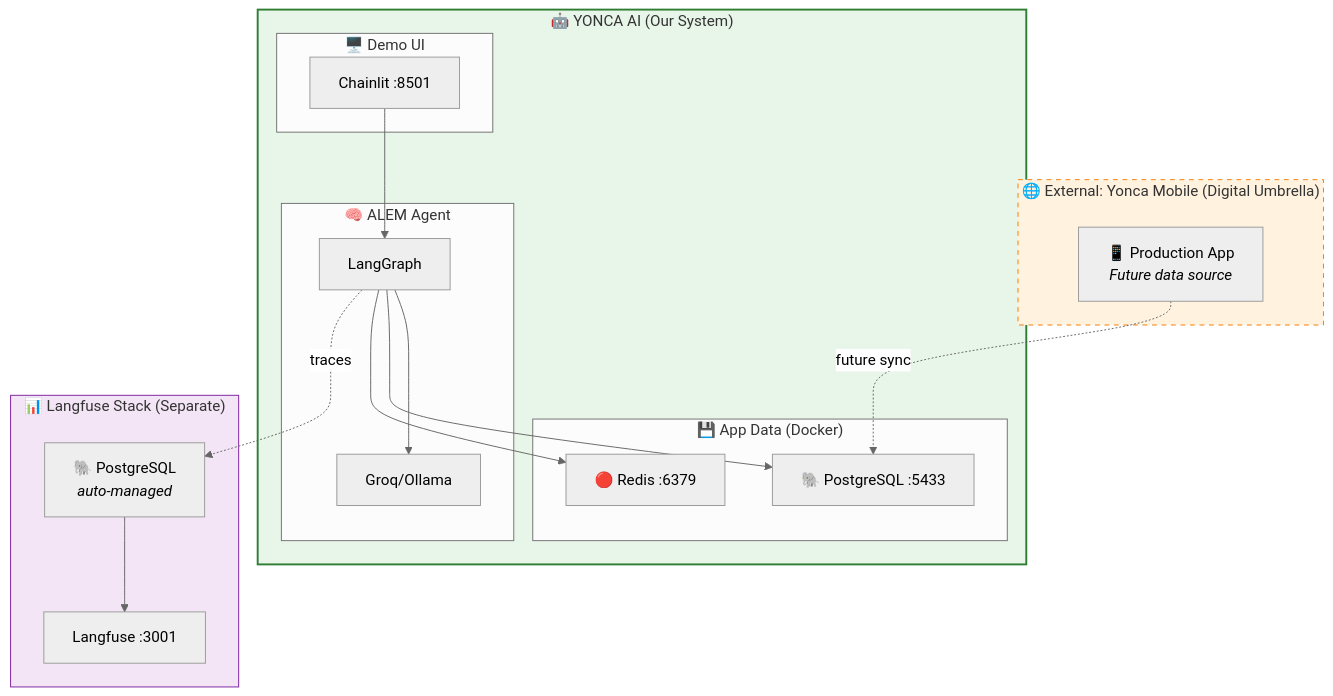
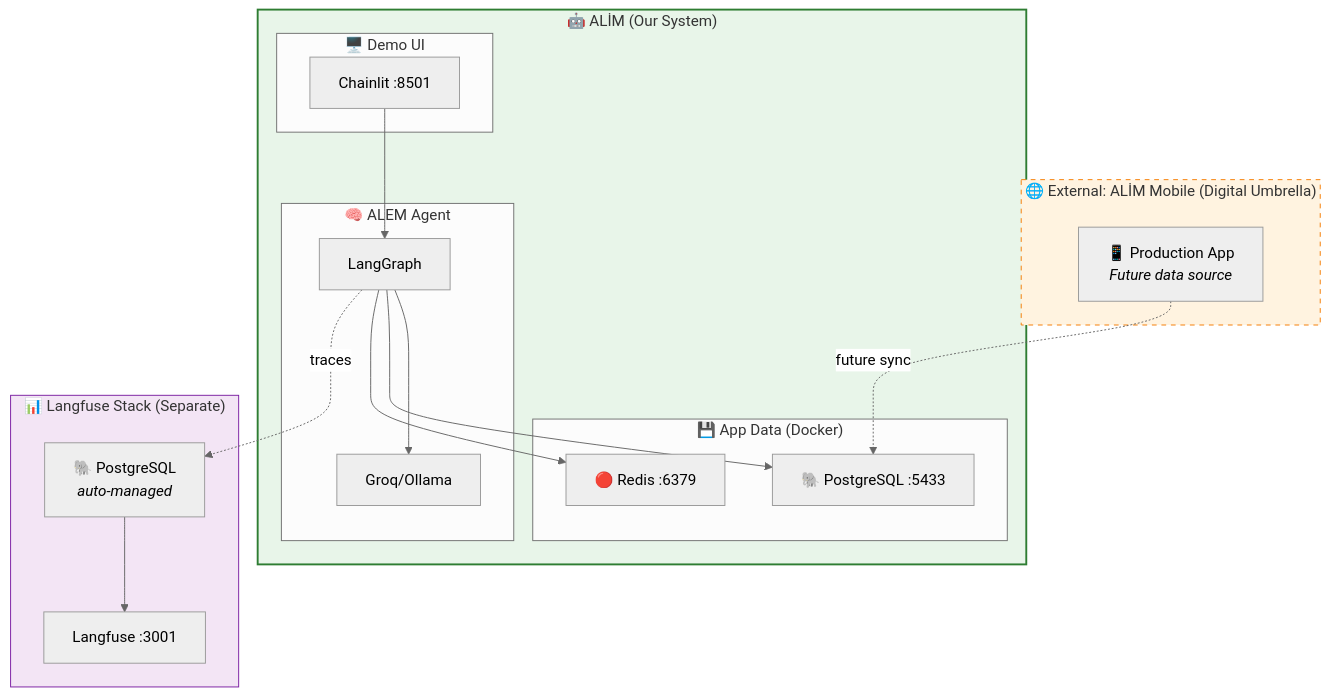
The diagram in docs/zekalab/README.md (Px8Studio/yonja), drawn with Mermaid before and after one commit. The commit also changed other lines of this file and 259 other files, not shown here.

````diff
--- a/docs/zekalab/README.md
+++ b/docs/zekalab/README.md
@@ -105,39 +105,39 @@
 ```mermaid
 %%{init: {'theme': 'neutral'}}%%
 flowchart TB
-    subgraph external["🌐 External: Yonca Mobile (Digital Umbrella)"]
-        yonca_mobile["📱 Production App<br/><i>Future data source</i>"]
+    subgraph external["🌐 External: ALİM Mobile (Digital Umbrella)"]
+        ALİM_mobile["📱 Production App<br/><i>Future data source</i>"]
     end
 
-    subgraph yonca_ai["🤖 YONCA AI (Our System)"]
+    subgraph ALİM_ai["🤖 ALİM (Our System)"]
         subgraph ui["🖥️ Demo UI"]
             chainlit["Chainlit :8501"]
         end
 
         subgraph brain["🧠 ALEM Agent"]
             agent["LangGraph"]
             llm["Groq/Ollama"]
         end
 
         subgraph data["💾 App Data (Docker)"]
             pg["🐘 PostgreSQL :5433"]
             redis["🔴 Redis :6379"]
         end
     end
 
     subgraph observe["📊 Langfuse Stack (Separate)"]
         langfuse_db["🐘 PostgreSQL<br/><i>auto-managed</i>"]
         langfuse_ui["Langfuse :3001"]
     end
 
-    yonca_mobile -.->|"future sync"| pg
+    ALİM_mobile -.->|"future sync"| pg
     chainlit --> agent --> llm
     agent --> pg
     agent --> redis
     agent -.->|traces| langfuse_db
     langfuse_db --> langfuse_ui
 
     style external fill:#fff3e0,stroke:#f57c00,stroke-dasharray: 5 5
-    style yonca_ai fill:#e8f5e9,stroke:#2e7d32,stroke-width:2px
+    style ALİM_ai fill:#e8f5e9,stroke:#2e7d32,stroke-width:2px
     style observe fill:#f3e5f5,stroke:#7b1fa2
 ```
````
